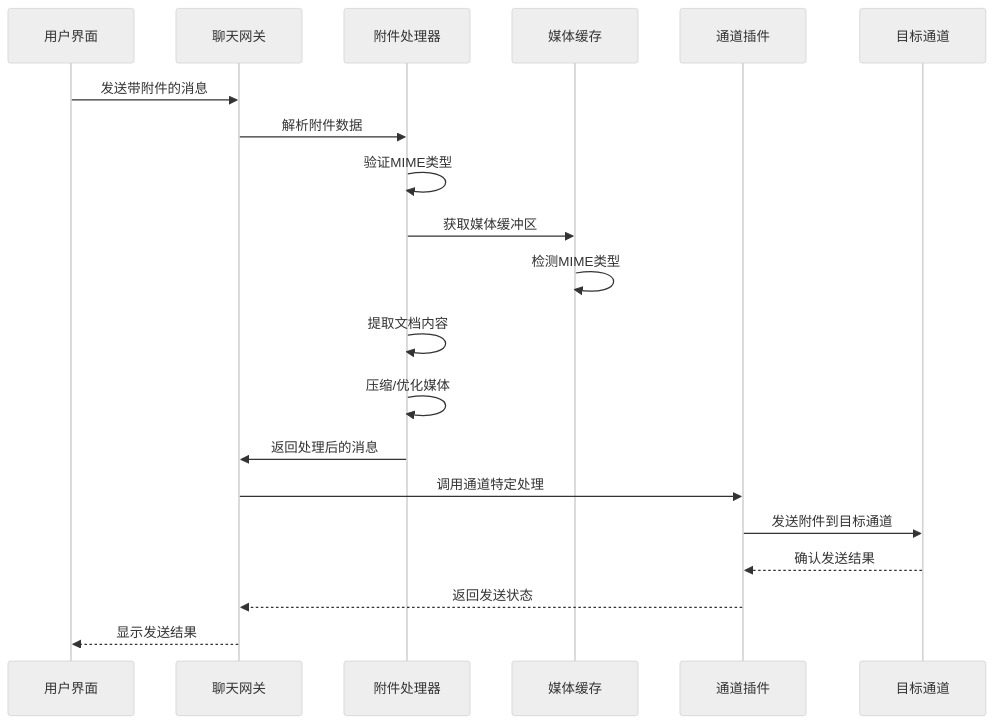
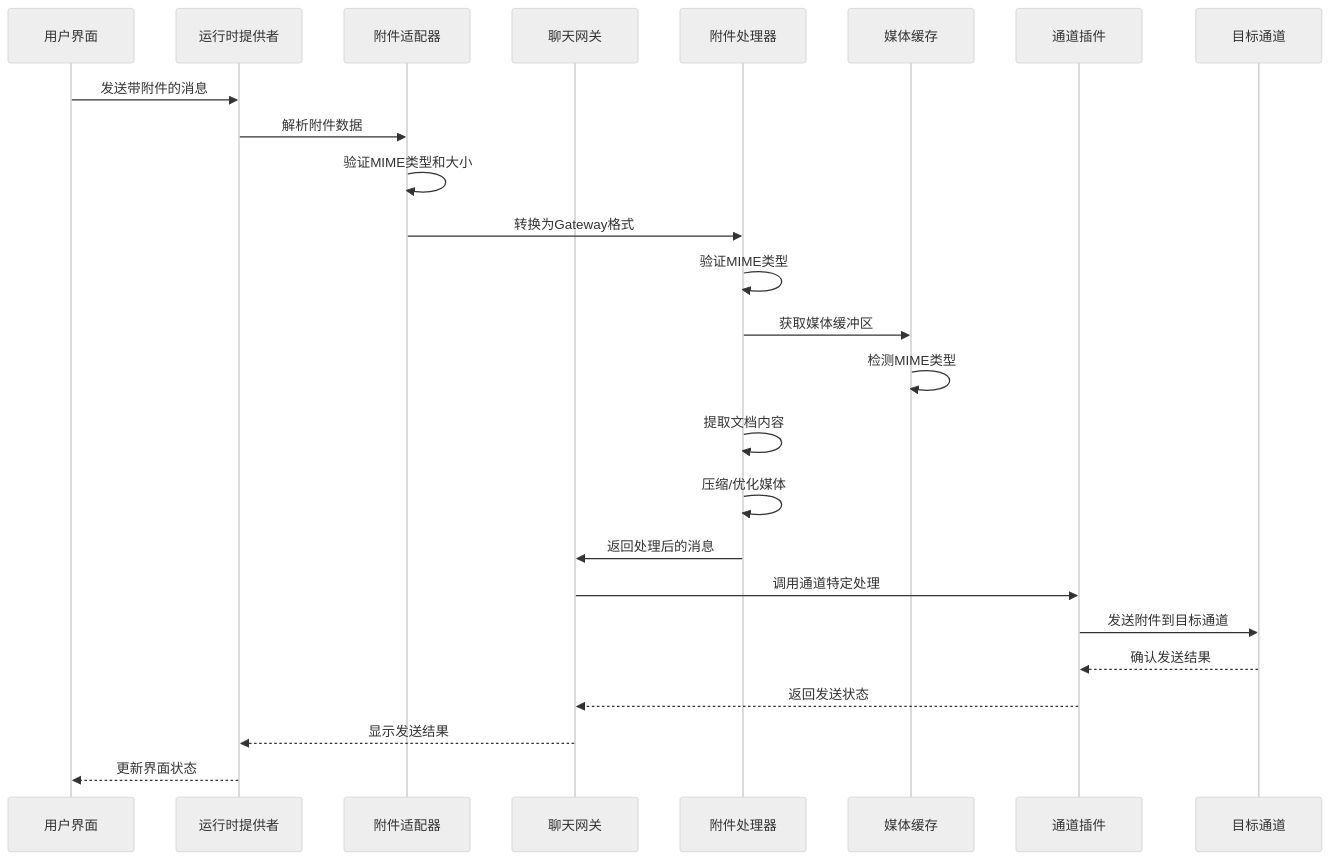
The sixth of 14 diagrams in .qoder/repowiki/zh/content/Web界面/WebChat界面/聊天附件处理系统.md (verse-ai-org/openclaw), drawn with Mermaid (neutral theme) before and after one commit. The commit also changed other lines of this file and 89 other files, not shown here.

````diff
--- a/.qoder/repowiki/zh/content/Web界面/WebChat界面/聊天附件处理系统.md
+++ b/.qoder/repowiki/zh/content/Web界面/WebChat界面/聊天附件处理系统.md
@@ -227,22 +284,27 @@
 ```mermaid
 sequenceDiagram
 participant UI as 用户界面
+participant Runtime as 运行时提供者
+participant Adapter as 附件适配器
 participant Gateway as 聊天网关
 participant Processor as 附件处理器
 participant Cache as 媒体缓存
 participant Plugin as 通道插件
 participant Channel as 目标通道
-UI->>Gateway : 发送带附件的消息
-Gateway->>Processor : 解析附件数据
+UI->>Runtime : 发送带附件的消息
+Runtime->>Adapter : 解析附件数据
+Adapter->>Adapter : 验证MIME类型和大小
+Adapter->>Processor : 转换为Gateway格式
 Processor->>Processor : 验证MIME类型
 Processor->>Cache : 获取媒体缓冲区
 Cache->>Cache : 检测MIME类型
 Processor->>Processor : 提取文档内容
 Processor->>Processor : 压缩/优化媒体
 Processor->>Gateway : 返回处理后的消息
 Gateway->>Plugin : 调用通道特定处理
 Plugin->>Channel : 发送附件到目标通道
 Channel-->>Plugin : 确认发送结果
 Plugin-->>Gateway : 返回发送状态
-Gateway-->>UI : 显示发送结果
+Gateway-->>Runtime : 显示发送结果
+Runtime-->>UI : 更新界面状态
 ```
````
